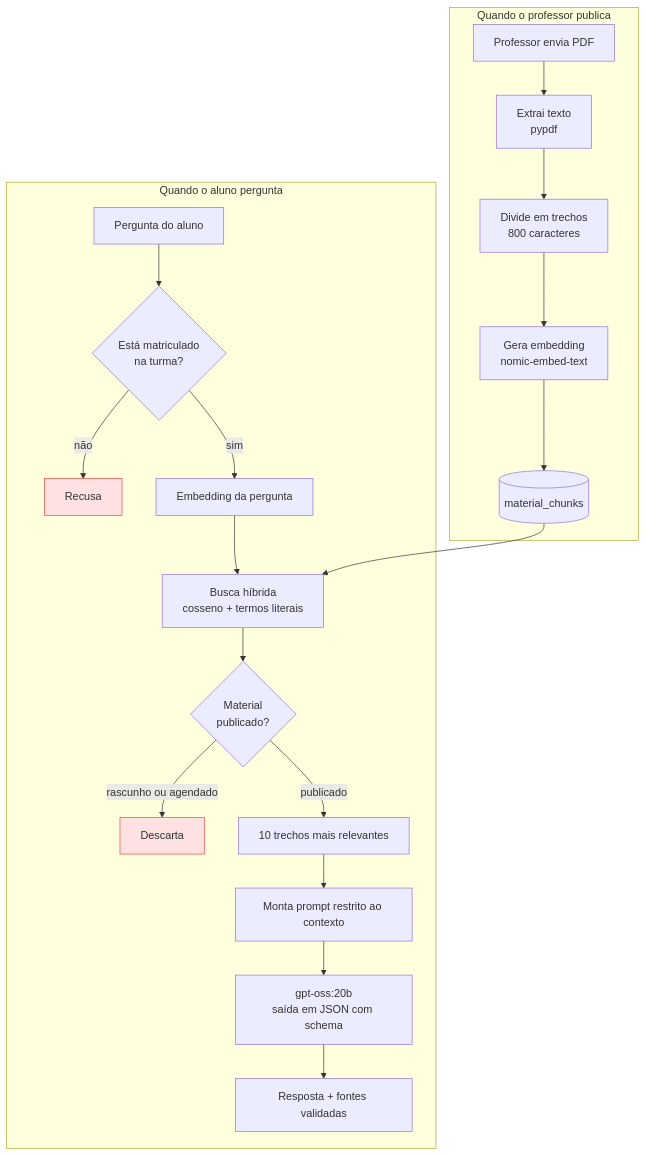
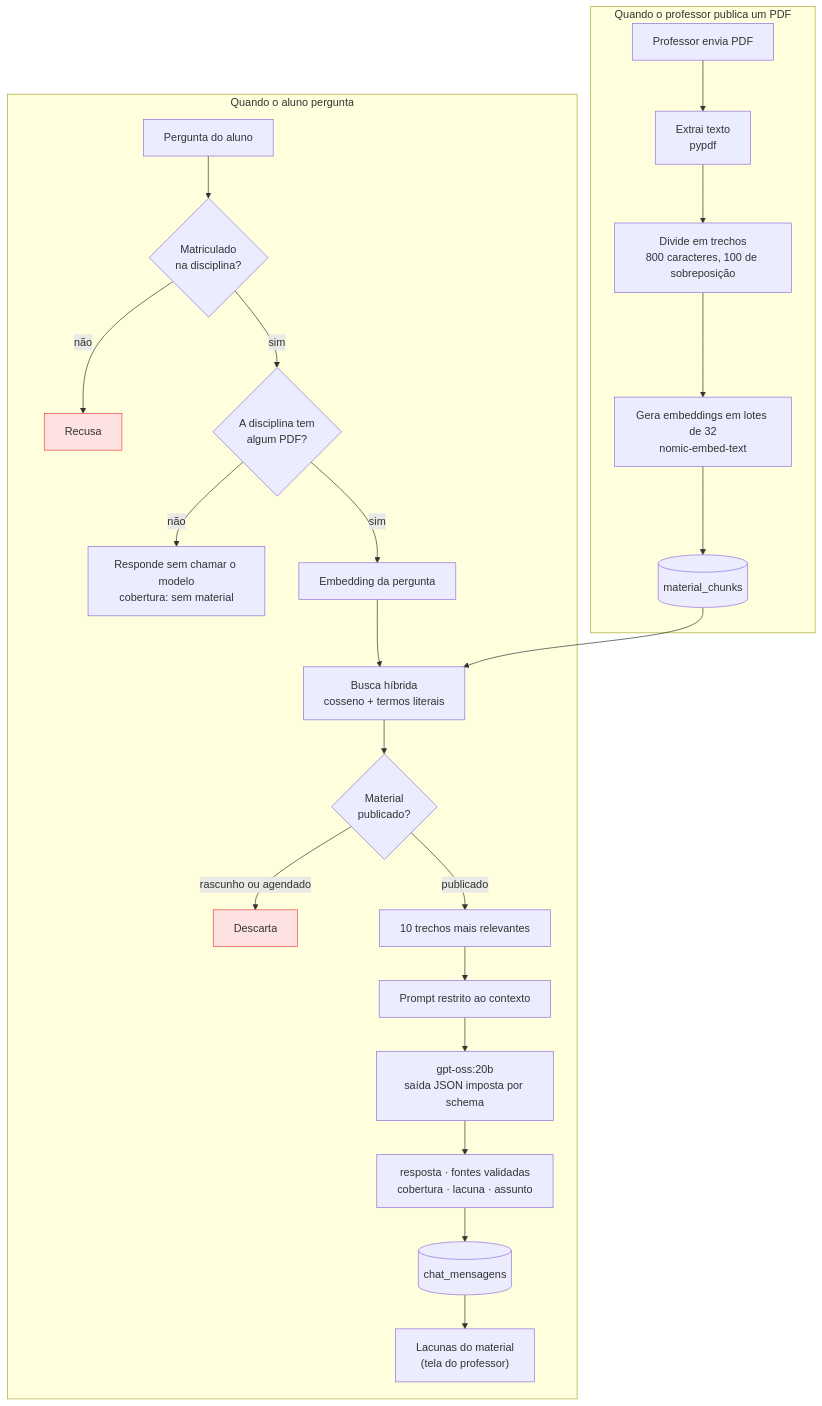
One commit to jeanrmatias/DeltaCare changed the third of 9 diagrams in ARQUITETURA.md. Above: the diagram before and after it, drawn with Mermaid. The commit also changed other lines of this file and 2 other files, not shown here.

````diff
--- a/ARQUITETURA.md
+++ b/ARQUITETURA.md
@@ -83,26 +101,30 @@
 ```mermaid
 graph TD
-    subgraph "Quando o professor publica"
+    subgraph "Quando o professor publica um PDF"
         P["Professor envia PDF"] --> EX["Extrai texto<br/>pypdf"]
-        EX --> CH["Divide em trechos<br/>800 caracteres"]
-        CH --> EM["Gera embedding<br/>nomic-embed-text"]
+        EX --> CH["Divide em trechos<br/>800 caracteres, 100 de sobreposição"]
+        CH --> EM["Gera embeddings em lotes de 32<br/>nomic-embed-text"]
         EM --> SV[("material_chunks")]
     end
 
     subgraph "Quando o aluno pergunta"
-        Q["Pergunta do aluno"] --> VER{"Está matriculado<br/>na turma?"}
+        Q["Pergunta do aluno"] --> VER{"Matriculado<br/>na disciplina?"}
         VER -->|"não"| NEG["Recusa"]
-        VER -->|"sim"| EQ["Embedding da pergunta"]
+        VER -->|"sim"| LEG{"A disciplina tem<br/>algum PDF?"}
+        LEG -->|"não"| SEM["Responde sem chamar o modelo<br/>cobertura: sem material"]
+        LEG -->|"sim"| EQ["Embedding da pergunta"]
         EQ --> BU["Busca híbrida<br/>cosseno + termos literais"]
         SV --> BU
         BU --> FIL{"Material<br/>publicado?"}
         FIL -->|"rascunho ou agendado"| DES["Descarta"]
         FIL -->|"publicado"| TOP["10 trechos mais relevantes"]
-        TOP --> PR["Monta prompt restrito ao contexto"]
-        PR --> MOD["gpt-oss:20b<br/>saída em JSON com schema"]
-        MOD --> RES["Resposta + fontes validadas"]
+        TOP --> PR["Prompt restrito ao contexto"]
+        PR --> MOD["gpt-oss:20b<br/>saída JSON imposta por schema"]
+        MOD --> RES["resposta · fontes validadas<br/>cobertura · lacuna · assunto"]
+        RES --> HIST[("chat_mensagens")]
+        HIST --> LAC["Lacunas do material<br/>(tela do professor)"]
     end
 
     classDef perigo fill:#FEE2E2,stroke:#EF4444
     class NEG,DES perigo
 ```
````
